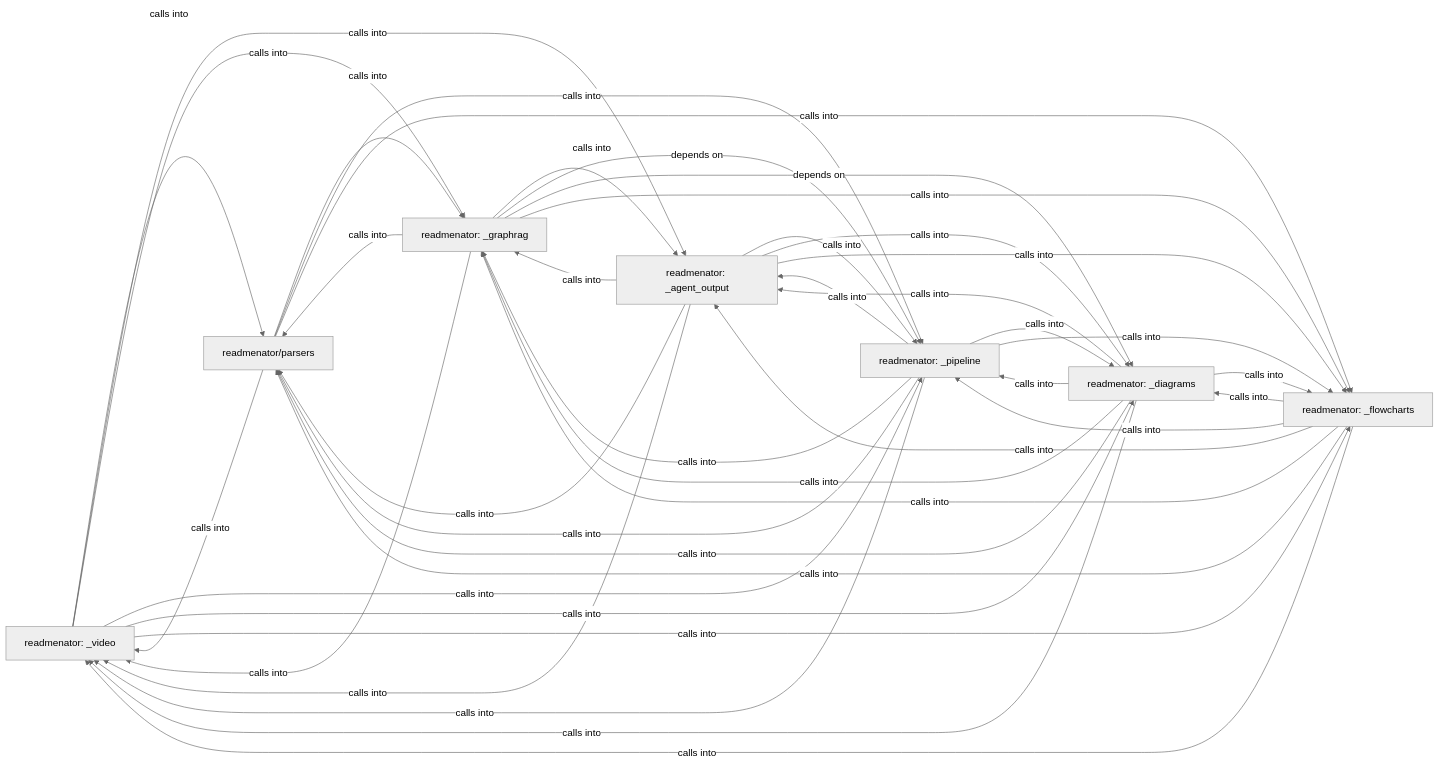
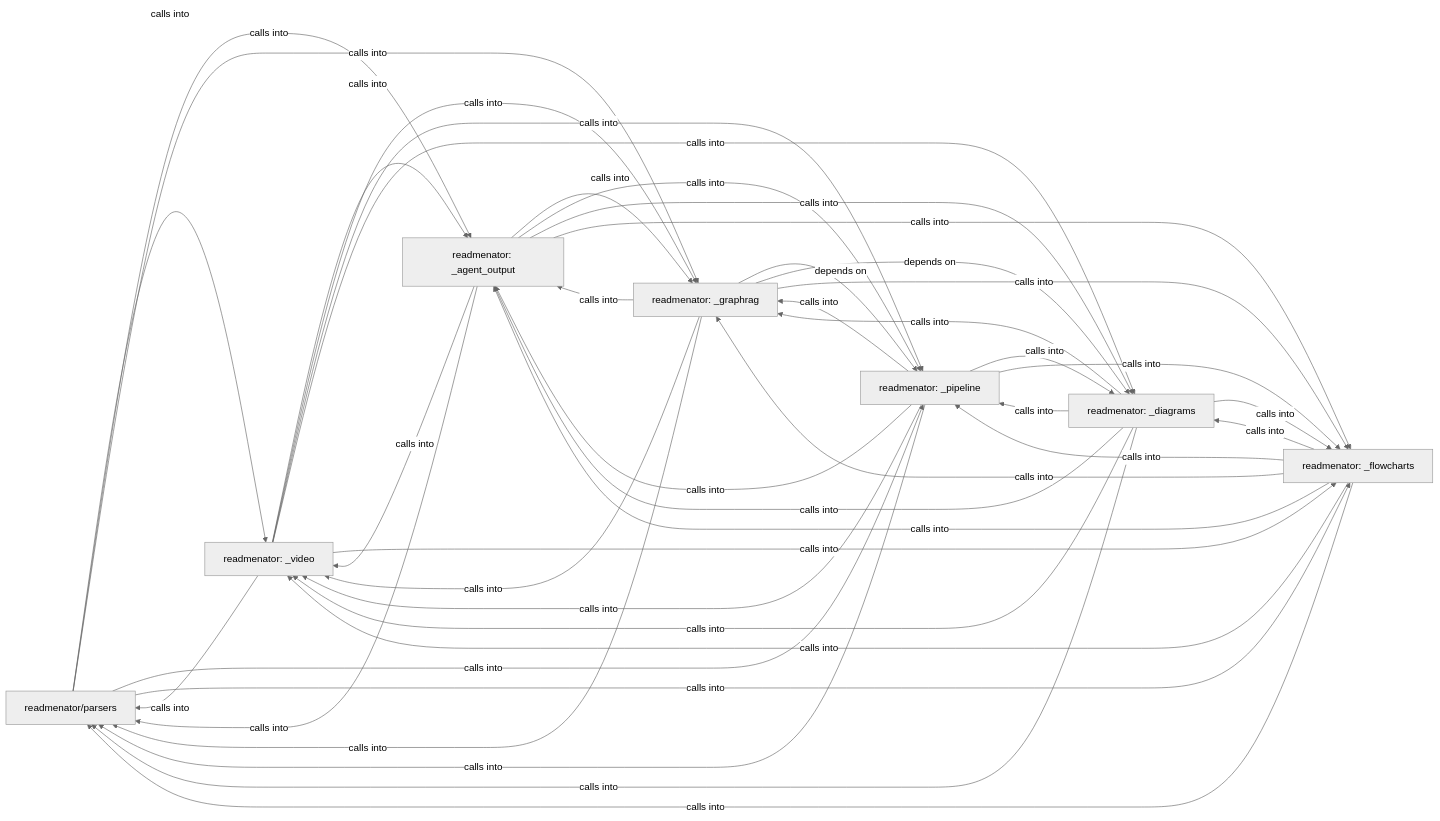
One commit to grisuno/ReadMenator changed the diagram in readmenator-diagrams/overview.md. Above: the diagram before and after it, drawn with Mermaid (neutral theme). The commit also changed other lines of this file and 203 other files, not shown here.

````diff
--- a/readmenator-diagrams/overview.md
+++ b/readmenator-diagrams/overview.md
@@ -1,57 +1,58 @@
 ```mermaid
 graph LR
+    readmenator_parsers["readmenator/parsers"]
     readmenator__video["readmenator: _video"]
-    readmenator_parsers["readmenator/parsers"]
     readmenator__agent_output["readmenator: _agent_output"]
     readmenator__graphrag["readmenator: _graphrag"]
     readmenator__pipeline["readmenator: _pipeline"]
     readmenator__diagrams["readmenator: _diagrams"]
     readmenator__flowcharts["readmenator: _flowcharts"]
+    readmenator_parsers -- "calls into" --> readmenator__video
+    readmenator_parsers -- "calls into" --> readmenator__agent_output
+    readmenator_parsers -- "calls into" --> readmenator__graphrag
+    readmenator_parsers -- "calls into" --> readmenator__pipeline
+    readmenator_parsers -- "calls into" --> readmenator__flowcharts
     readmenator__video -- "calls into" --> readmenator_parsers
     readmenator__video -- "calls into" --> readmenator__agent_output
     readmenator__video -- "calls into" --> readmenator__graphrag
     readmenator__video -- "calls into" --> readmenator__pipeline
     readmenator__video -- "calls into" --> readmenator__diagrams
     readmenator__video -- "calls into" --> readmenator__flowcharts
-    readmenator_parsers -- "calls into" --> readmenator__video
-    readmenator_parsers -- "calls into" --> readmenator__graphrag
-    readmenator_parsers -- "calls into" --> readmenator__pipeline
-    readmenator_parsers -- "calls into" --> readmenator__flowcharts
+    readmenator__agent_output -- "calls into" --> readmenator_parsers
     readmenator__agent_output -- "calls into" --> readmenator__video
-    readmenator__agent_output -- "calls into" --> readmenator_parsers
     readmenator__agent_output -- "calls into" --> readmenator__graphrag
     readmenator__agent_output -- "calls into" --> readmenator__pipeline
     readmenator__agent_output -- "calls into" --> readmenator__diagrams
     readmenator__agent_output -- "calls into" --> readmenator__flowcharts
+    readmenator__graphrag -- "calls into" --> readmenator_parsers
     readmenator__graphrag -- "calls into" --> readmenator__video
-    readmenator__graphrag -- "calls into" --> readmenator_parsers
     readmenator__graphrag -- "calls into" --> readmenator__agent_output
     readmenator__graphrag -- "depends on" --> readmenator__pipeline
     readmenator__graphrag -- "depends on" --> readmenator__diagrams
     readmenator__graphrag -- "calls into" --> readmenator__flowcharts
+    readmenator__pipeline -- "calls into" --> readmenator_parsers
     readmenator__pipeline -- "calls into" --> readmenator__video
-    readmenator__pipeline -- "calls into" --> readmenator_parsers
     readmenator__pipeline -- "calls into" --> readmenator__agent_output
     readmenator__pipeline -- "calls into" --> readmenator__graphrag
     readmenator__pipeline -- "calls into" --> readmenator__diagrams
     readmenator__pipeline -- "calls into" --> readmenator__flowcharts
+    readmenator__diagrams -- "calls into" --> readmenator_parsers
     readmenator__diagrams -- "calls into" --> readmenator__video
-    readmenator__diagrams -- "calls into" --> readmenator_parsers
     readmenator__diagrams -- "calls into" --> readmenator__agent_output
     readmenator__diagrams -- "calls into" --> readmenator__graphrag
     readmenator__diagrams -- "calls into" --> readmenator__pipeline
     readmenator__diagrams -- "calls into" --> readmenator__flowcharts
+    readmenator__flowcharts -- "calls into" --> readmenator_parsers
     readmenator__flowcharts -- "calls into" --> readmenator__video
-    readmenator__flowcharts -- "calls into" --> readmenator_parsers
     readmenator__flowcharts -- "calls into" --> readmenator__agent_output
     readmenator__flowcharts -- "calls into" --> readmenator__graphrag
     readmenator__flowcharts -- "calls into" --> readmenator__pipeline
     readmenator__flowcharts -- "calls into" --> readmenator__diagrams
+    click readmenator_parsers href "./readmenator_parsers.md" "Details"
     click readmenator__video href "./readmenator__video.md" "Details"
-    click readmenator_parsers href "./readmenator_parsers.md" "Details"
     click readmenator__agent_output href "./readmenator__agent_output.md" "Details"
     click readmenator__graphrag href "./readmenator__graphrag.md" "Details"
     click readmenator__pipeline href "./readmenator__pipeline.md" "Details"
     click readmenator__diagrams href "./readmenator__diagrams.md" "Details"
     click readmenator__flowcharts href "./readmenator__flowcharts.md" "Details"
 ```
````
